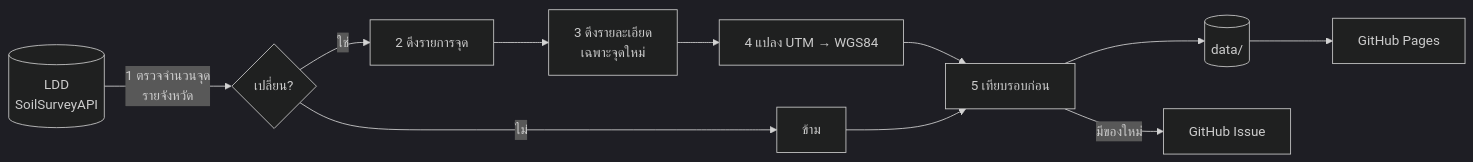
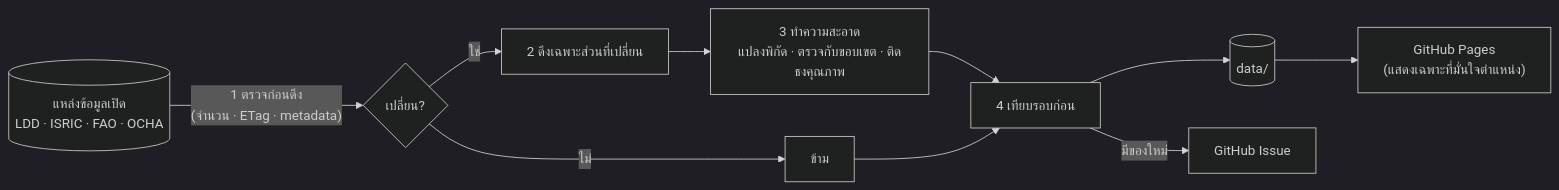
Before and after one commit to Navavit/sisoil: the diagram in README.md, drawn with Mermaid (dark theme). The commit also changed other lines of this file and 4 other files, not shown here.

````diff
--- a/README.md
+++ b/README.md
@@ -20,13 +31,12 @@
 ```mermaid
 flowchart LR
-    LDD[("LDD<br/>SoilSurveyAPI")] -->|"1 ตรวจจำนวนจุด<br/>รายจังหวัด"| CHK{เปลี่ยน?}
+    SRC[("แหล่งข้อมูลเปิด<br/>LDD · ISRIC · FAO · OCHA")] -->|"1 ตรวจก่อนดึง<br/>(จำนวน · ETag · metadata)"| CHK{เปลี่ยน?}
     CHK -->|ไม่| SKIP[ข้าม]
-    CHK -->|ใช่| LIST["2 ดึงรายการจุด"]
-    LIST --> DET["3 ดึงรายละเอียด<br/>เฉพาะจุดใหม่"]
-    DET --> UTM["4 แปลง UTM → WGS84"]
-    UTM --> DIFF["5 เทียบรอบก่อน"]
+    CHK -->|ใช่| GET["2 ดึงเฉพาะส่วนที่เปลี่ยน"]
+    GET --> CLEAN["3 ทำความสะอาด<br/>แปลงพิกัด · ตรวจกับขอบเขต · ติดธงคุณภาพ"]
+    CLEAN --> DIFF["4 เทียบรอบก่อน"]
     SKIP --> DIFF
     DIFF --> DATA[("data/")]
     DIFF -->|มีของใหม่| ISSUE[GitHub Issue]
-    DATA --> WEB[GitHub Pages]
+    DATA --> WEB["GitHub Pages<br/>(แสดงเฉพาะที่มั่นใจตำแหน่ง)"]
 ```
````
